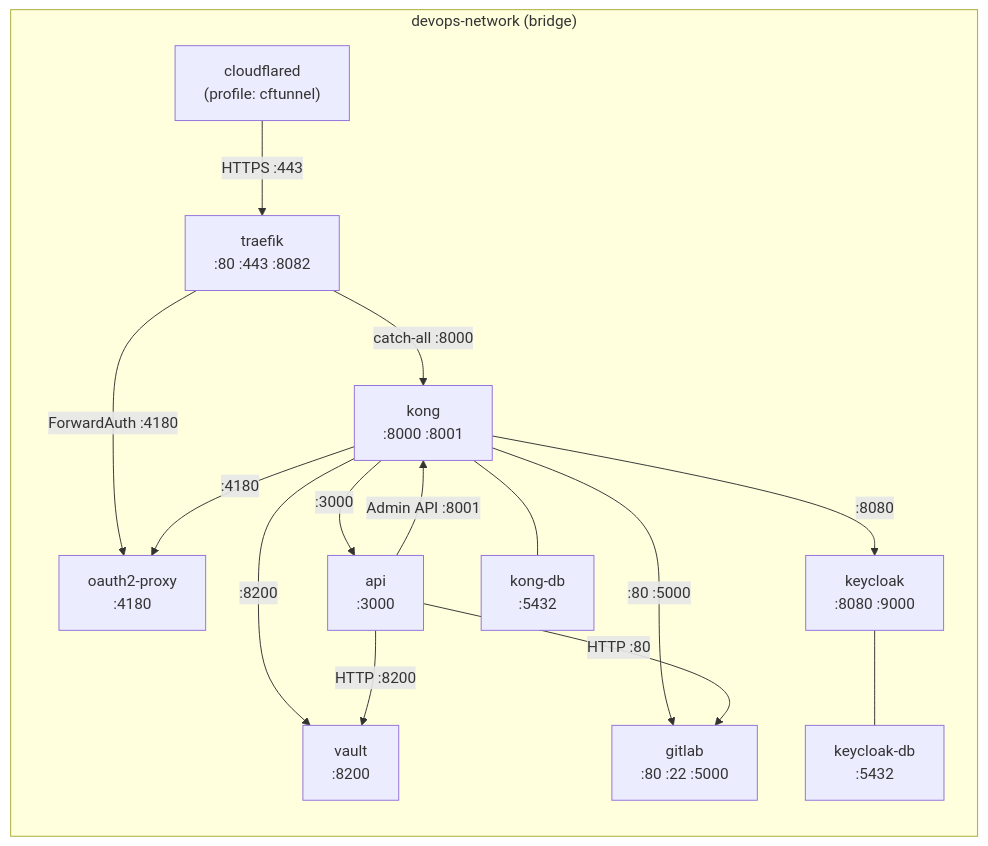
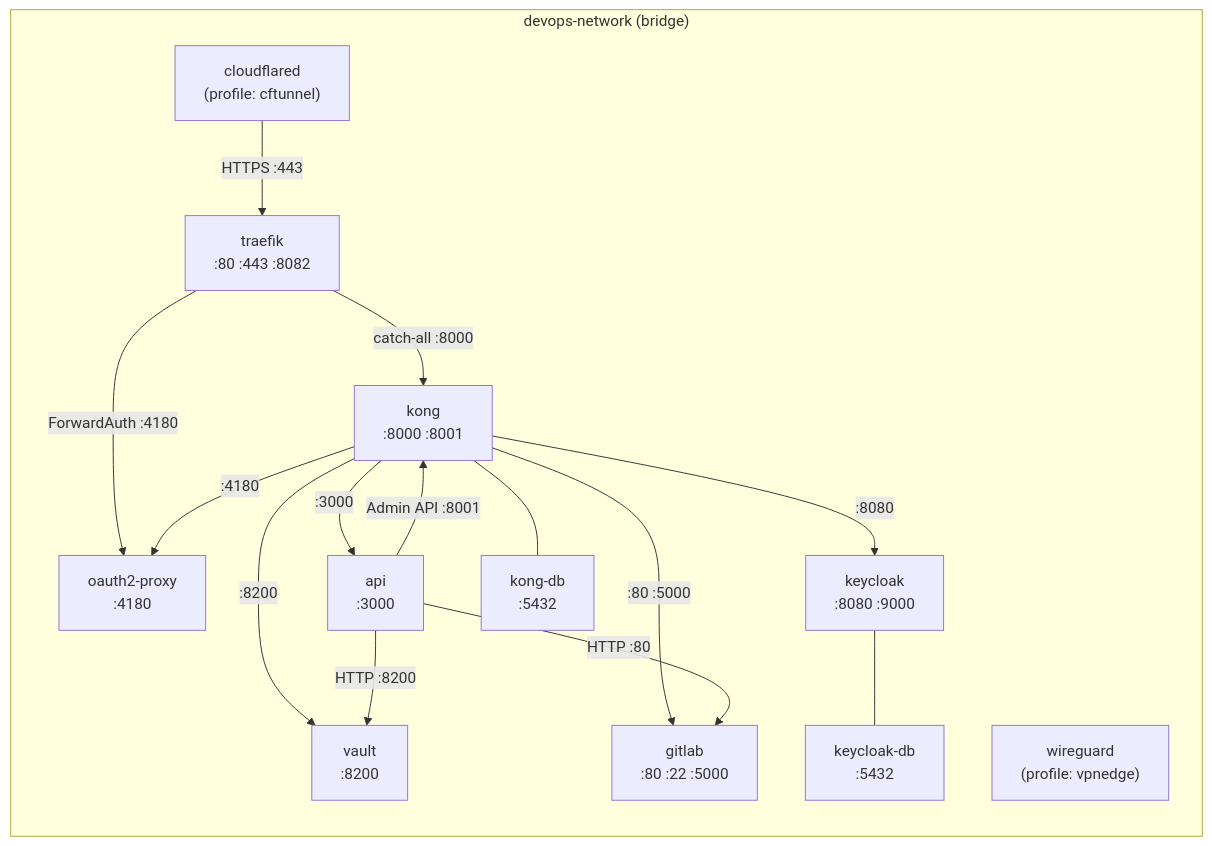
One commit to astarx-studio/devsecops-platform changed the first of 3 diagrams in __DOCS__/99_maintainers/05_networking.md. Above: the diagram before and after it, drawn with Mermaid. The commit also changed other lines of this file and 11 other files, not shown here.

````diff
--- a/__DOCS__/99_maintainers/05_networking.md
+++ b/__DOCS__/99_maintainers/05_networking.md
@@ -13,29 +13,30 @@
 ```mermaid
 graph LR
     subgraph devops_network ["devops-network (bridge)"]
         traefik["traefik\n:80 :443 :8082"]
         kong["kong\n:8000 :8001"]
         keycloak["keycloak\n:8080 :9000"]
         vault["vault\n:8200"]
         gitlab["gitlab\n:80 :22 :5000"]
         api["api\n:3000"]
         oauth2proxy["oauth2-proxy\n:4180"]
         cloudflared["cloudflared\n(profile: cftunnel)"]
+        wireguard["wireguard\n(profile: vpnedge)"]
         pgkong["kong-db\n:5432"]
         pgkc["keycloak-db\n:5432"]
     end
 
     traefik -->|"catch-all :8000"| kong
     traefik -->|"ForwardAuth :4180"| oauth2proxy
     kong -->|":8080"| keycloak
     kong -->|":8200"| vault
     kong -->|":80 :5000"| gitlab
     kong -->|":3000"| api
     kong -->|":4180"| oauth2proxy
     kong --- pgkong
     keycloak --- pgkc
     api -->|"Admin API :8001"| kong
     api -->|"HTTP :8200"| vault
     api -->|"HTTP :80"| gitlab
     cloudflared -->|"HTTPS :443"| traefik
 ```
````
